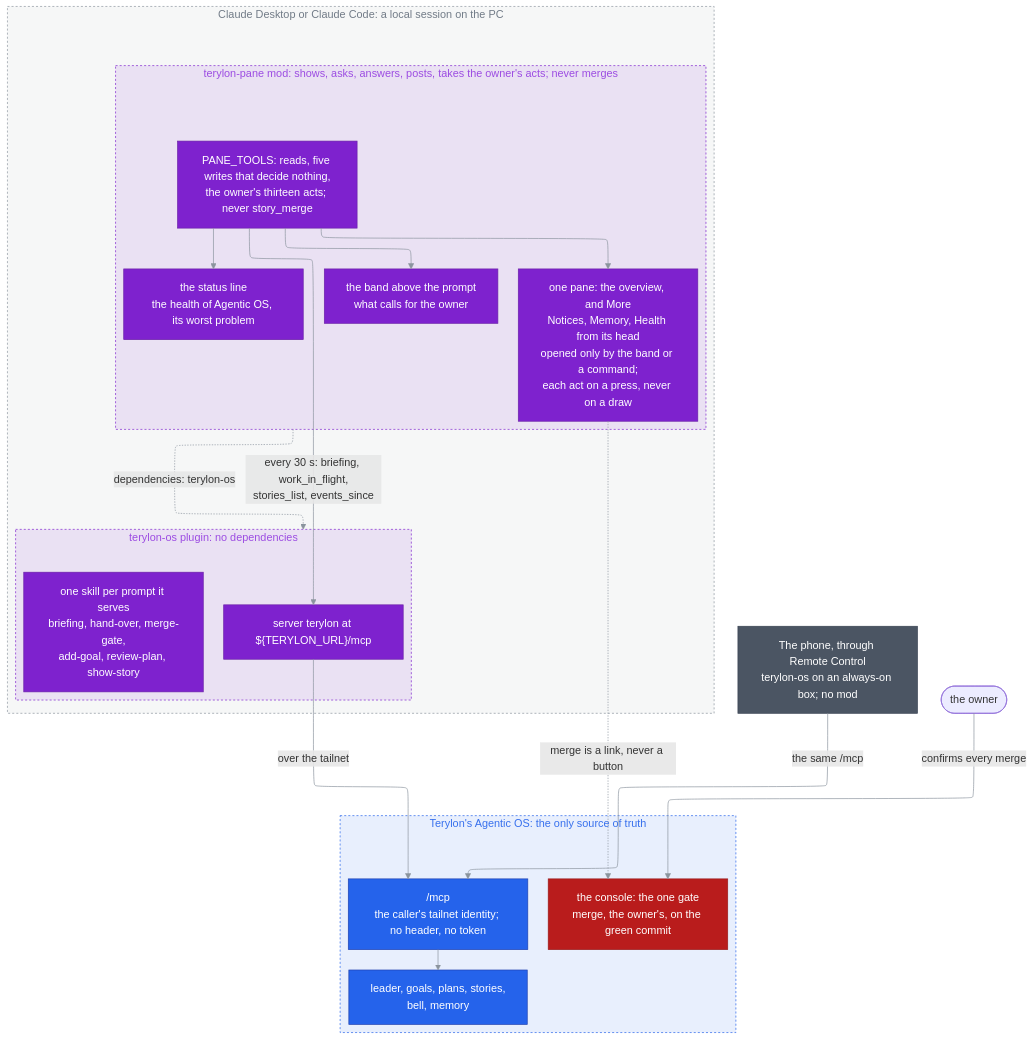
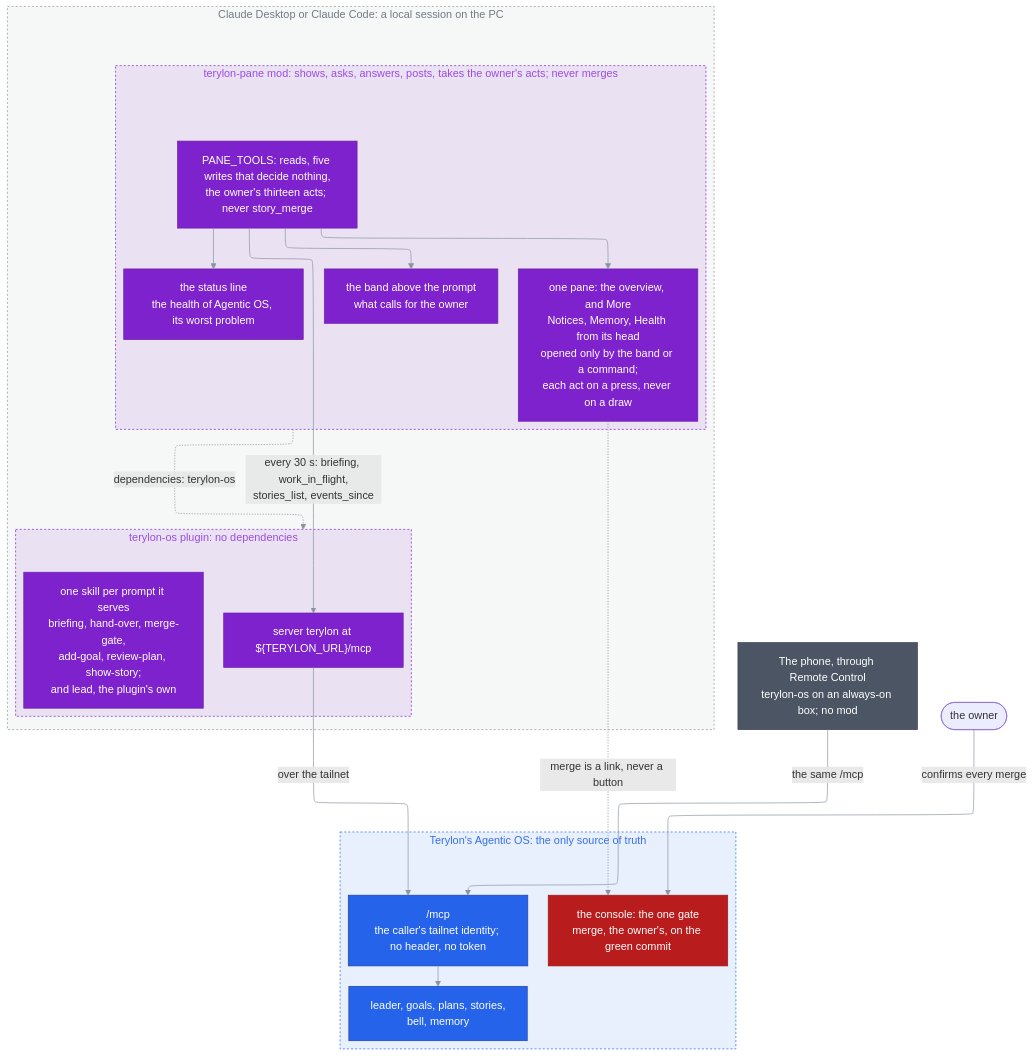
The second of 2 diagrams in docs/architecture/README.md (janecekvit/terylon-marketplace), drawn with Mermaid before and after one commit. The commit also changed 17 other files, not shown here.

First line of the commit message:
terylon-os 1.9.0, terylon-pane 1.24.1: a lead skill for the cockpit chat, and the blocked signal names its reason (#79)

````diff
--- a/docs/architecture/README.md
+++ b/docs/architecture/README.md
@@ -107,72 +107,73 @@
 ```mermaid
 flowchart TD
 %%{init: {"layout": "elk", "flowchart": {"padding": 16}}}%%
 %% terylon-os and its mod terylon-pane: how a session reaches Terylon's Agentic OS, the owner's
 %% acts the pane takes on their cards, and why merge, the one gate, stays in the console.
 %% The source of truth is this block: edit it here; nothing is generated from it.
 %% Why every surface goes through the one /mcp: one-source-of-truth-reached-from-two-places.md.
     %% One colour per kind, the palette of .claude/rules/markdown.md: Terylon's own plugins (purple),
     %% Agentic OS (blue), the gate (red), the phone (grey); the owner takes the theme's.
     %% No theme is set, so GitHub draws the block in its light or dark theme.
     classDef terylon fill:#7E22CE,stroke:#6B21A8,color:#FFFFFF
     classDef service fill:#2563EB,stroke:#1E40AF,color:#FFFFFF
     classDef gate fill:#B91C1C,stroke:#991B1B,color:#FFFFFF
     classDef external fill:#4B5563,stroke:#374151,color:#FFFFFF
 
     subgraph session ["Claude Desktop or Claude Code: a local session on the PC"]
         subgraph os ["terylon-os plugin: no dependencies"]
             %% The variable is drawn as written: Mermaid substitutes nothing inside a label.
             server["server terylon at ${TERYLON_URL}/mcp"]:::terylon
             skills["`one skill per prompt it serves
 briefing, hand-over, merge-gate,
-add-goal, review-plan, show-story`"]:::terylon
+add-goal, review-plan, show-story;
+and lead, the plugin's own`"]:::terylon
         end
 
         subgraph pane ["terylon-pane mod: shows, asks, answers, posts, takes the owner's acts; never merges"]
             allowList["`PANE_TOOLS: reads, five writes that decide nothing,
 the owner's thirteen acts; never story_merge`"]:::terylon
             band["`the band above the prompt
 what calls for the owner`"]:::terylon
             statusLine["`the status line
 the health of Agentic OS, its worst problem`"]:::terylon
             tabs["`one pane: the overview, and More
 Notices, Memory, Health from its head
 opened only by the band or a command;
 each act on a press, never on a draw`"]:::terylon
         end
     end
 
     phone["`The phone, through Remote Control
 terylon-os on an always-on box; no mod`"]:::external
 
     subgraph terylon ["Terylon's Agentic OS: the only source of truth"]
         mcp["`/mcp
 the caller's tailnet identity; no header, no token`"]:::service
         leader["`leader, goals, plans, stories,
 bell, memory`"]:::service
         console["`the console: the one gate
 merge, the owner's, on the green commit`"]:::gate
     end
 
     %% No class: the theme colours the owner, so it stays readable in light and dark mode alike.
     person(["the owner"])
 
     pane -.->|"dependencies: terylon-os"| os
     server -->|"over the tailnet"| mcp
     allowList -->|"`every 30 s: briefing, work_in_flight,
 stories_list, events_since`"| server
     allowList --> band
     allowList --> statusLine
     allowList --> tabs
     tabs -.->|"merge is a link, never a button"| console
     phone -->|"the same /mcp"| mcp
     mcp --> leader
     person -->|"confirms every merge"| console
 
     %% The session is the large area, so its fill is the fainter 14.
     style session fill:#8B949E14,stroke:#8B949E,color:#717B87,stroke-dasharray:3 3
     style os fill:#7E22CE1A,stroke:#7E22CE,color:#9C4CE2,stroke-dasharray:3 3
     style pane fill:#7E22CE1A,stroke:#7E22CE,color:#9C4CE2,stroke-dasharray:3 3
     style terylon fill:#2563EB1A,stroke:#2563EB,color:#3770ED,stroke-dasharray:3 3
     linkStyle default stroke:#8B949E
 ```
````
